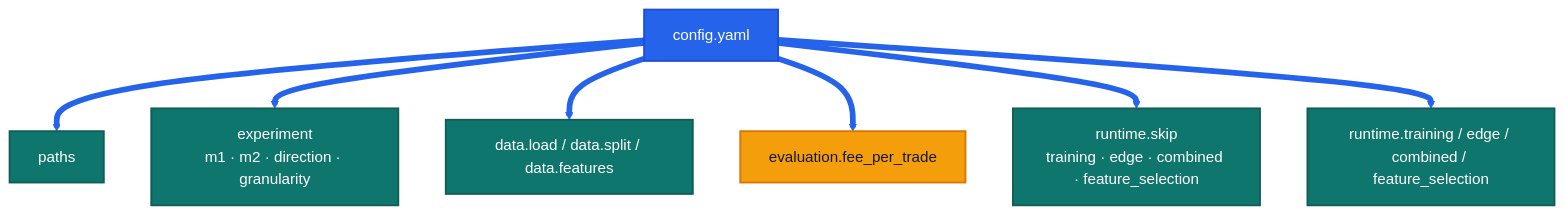
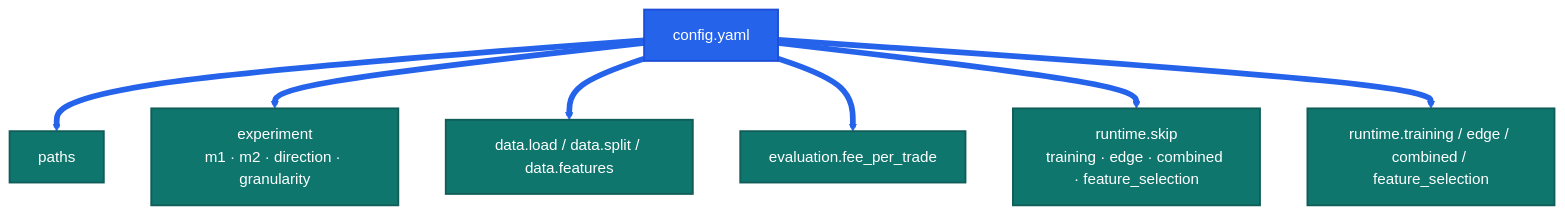
One commit to Pablo-Molla-Charlez/SecondaryModel changed the second of 4 diagrams in README.md. Above: the diagram before and after it, drawn with Mermaid. The commit also changed other lines of this file, not shown here.

````diff
--- a/README.md
+++ b/README.md
@@ -62,17 +62,15 @@
 ```mermaid
 %%{init: {'theme': 'base', 'themeVariables': { 'primaryColor': '#2563eb', 'primaryBorderColor': '#1d4ed8', 'primaryTextColor': '#ffffff', 'secondaryColor': '#f59e0b', 'tertiaryColor': '#dcfce7', 'lineColor': '#0f172a', 'background': '#ffffff'}}}%%
 flowchart TD
     A[config.yaml] --> B[paths]
     A --> C[experiment<br/>m1 · m2 · direction · granularity]
     A --> D[data.load / data.split / data.features]
     A --> E[evaluation.fee_per_trade]
     A --> F[runtime.skip<br/>training · edge · combined · feature_selection]
     A --> G[runtime.training / edge / combined / feature_selection]
     classDef root fill:#2563eb,stroke:#1d4ed8,color:#ffffff,stroke-width:2px;
     classDef group fill:#0f766e,stroke:#115e59,color:#ffffff,stroke-width:2px;
-    classDef detail fill:#f59e0b,stroke:#d97706,color:#111827,stroke-width:2px;
     class A root;
-    class B,C,D,F,G group;
-    class E detail;
+    class B,C,D,E,F,G group;
     linkStyle 0,1,2,3,4,5 stroke:#2563eb,stroke-width:6px;
 ```
````
